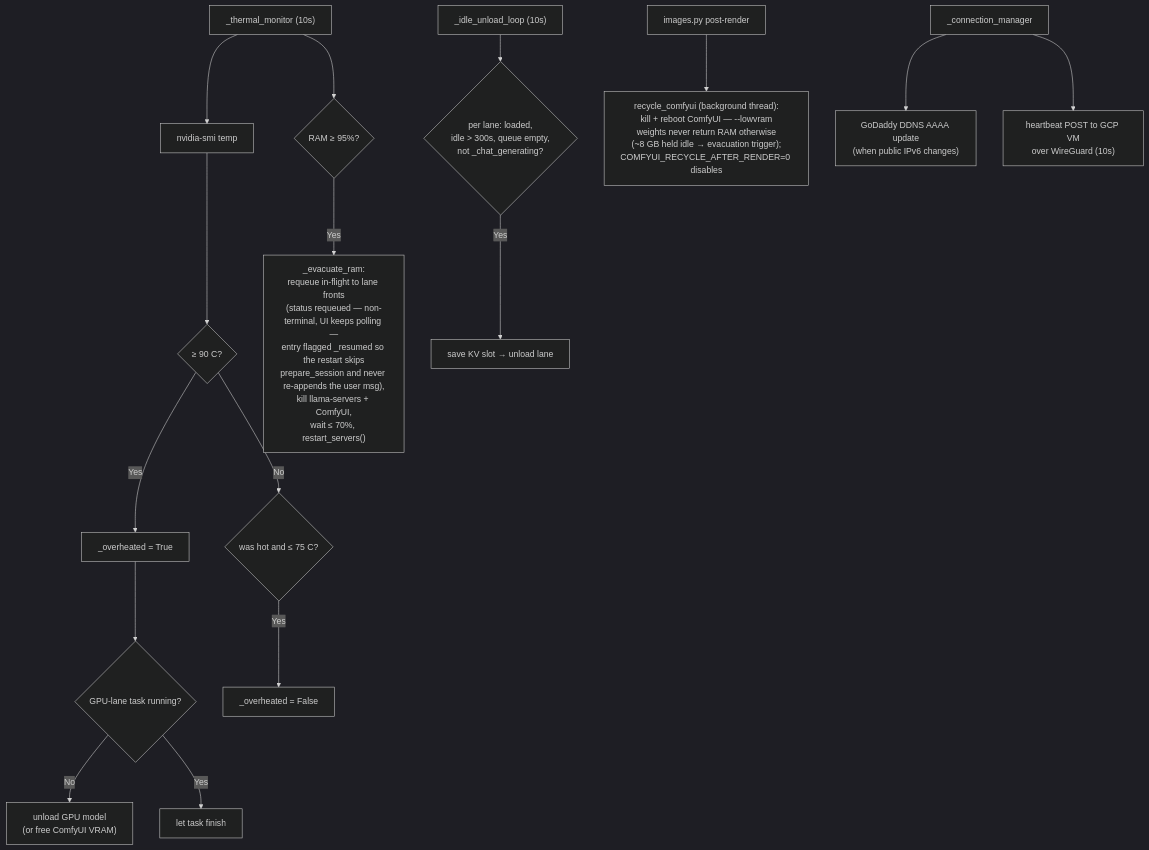
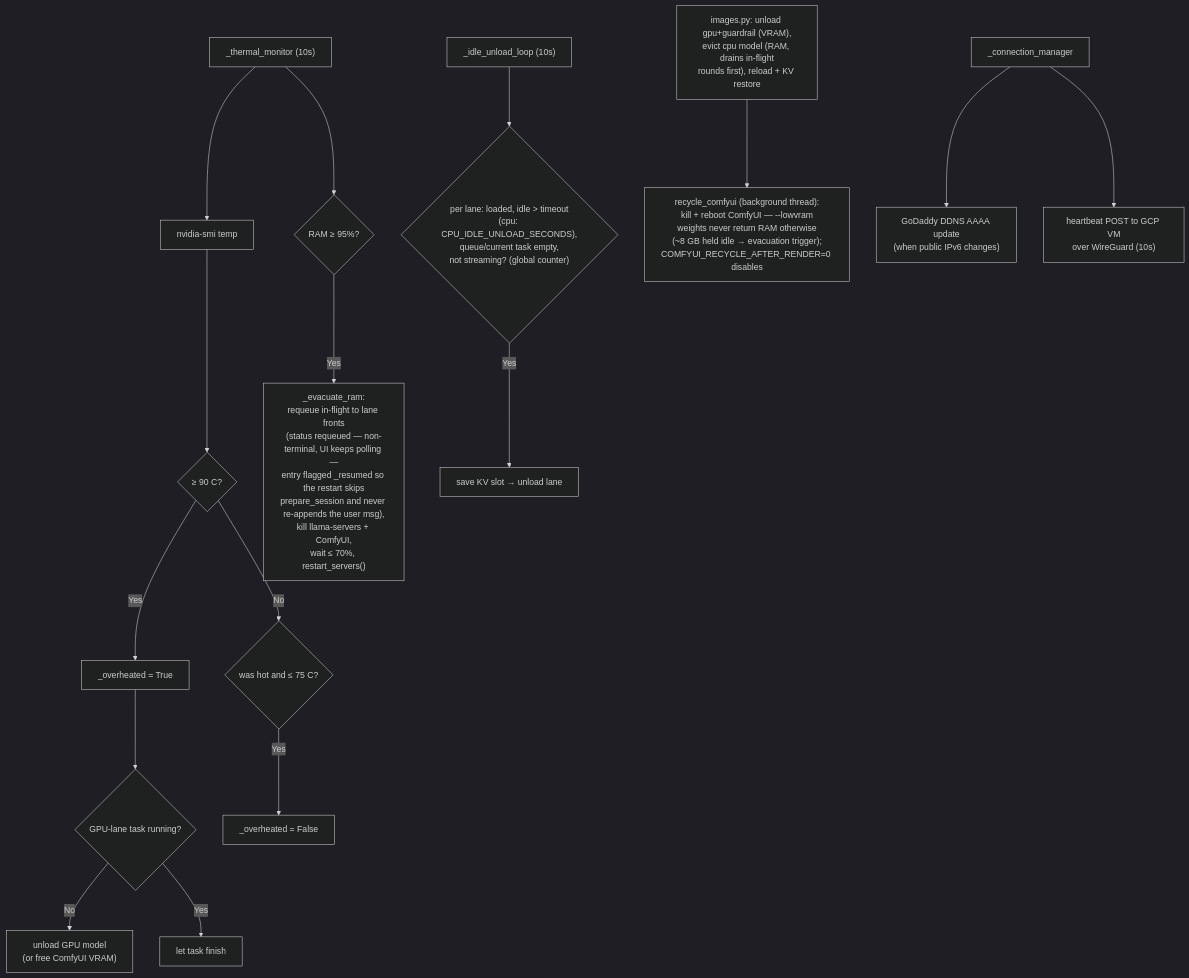
Diagram 12 of 13 in ARCHITECTURE.md (Palash90/local-ai), drawn with Mermaid (dark theme) before and after one commit. The commit also changed other lines of this file and 3 other files, not shown here.

````diff
--- a/ARCHITECTURE.md
+++ b/ARCHITECTURE.md
@@ -409,18 +418,18 @@
 ```mermaid
 graph TD
     TM["_thermal_monitor (10s)"] --> Temp["nvidia-smi temp"]
     Temp --> Hot{"≥ 90 C?"}
     Hot -- Yes --> OH["_overheated = True"]
     OH --> Run{"GPU-lane task running?"}
     Run -- No --> Unload["unload GPU model\n(or free ComfyUI VRAM)"]
     Run -- Yes --> LetFinish["let task finish"]
     Hot -- No --> Cool{"was hot and ≤ 75 C?"}
     Cool -- Yes --> Clear["_overheated = False"]
     TM --> RAM{"RAM ≥ 95%?"}
     RAM -- Yes --> Evac["_evacuate_ram:\nrequeue in-flight to lane fronts\n(status requeued — non-terminal, UI keeps polling —\nentry flagged _resumed so the restart skips\nprepare_session and never re-appends the user msg),\nkill llama-servers + ComfyUI,\nwait ≤ 70%, restart_servers()"]
-    IDLE["_idle_unload_loop (10s)"] --> ICheck{"per lane: loaded,\nidle > 300s, queue empty,\nnot _chat_generating?"}
+    IDLE["_idle_unload_loop (10s)"] --> ICheck{"per lane: loaded, idle > timeout\n(cpu: CPU_IDLE_UNLOAD_SECONDS),\nqueue/current task empty,\nnot streaming? (global counter)"}
     ICheck -- Yes --> ISave["save KV slot → unload lane"]
-    IMG["images.py post-render"] --> REC["recycle_comfyui (background thread):\nkill + reboot ComfyUI — --lowvram\nweights never return RAM otherwise\n(~8 GB held idle → evacuation trigger);\nCOMFYUI_RECYCLE_AFTER_RENDER=0 disables"]
+    IMG["images.py: unload gpu+guardrail (VRAM),\nevict cpu model (RAM, drains in-flight\nrounds first), reload + KV restore"] --> REC["recycle_comfyui (background thread):\nkill + reboot ComfyUI — --lowvram\nweights never return RAM otherwise\n(~8 GB held idle → evacuation trigger);\nCOMFYUI_RECYCLE_AFTER_RENDER=0 disables"]
     CM["_connection_manager"] --> DNS["GoDaddy DDNS AAAA update\n(when public IPv6 changes)"]
     CM --> HB["heartbeat POST to GCP VM\nover WireGuard (10s)"]
 ```
````
